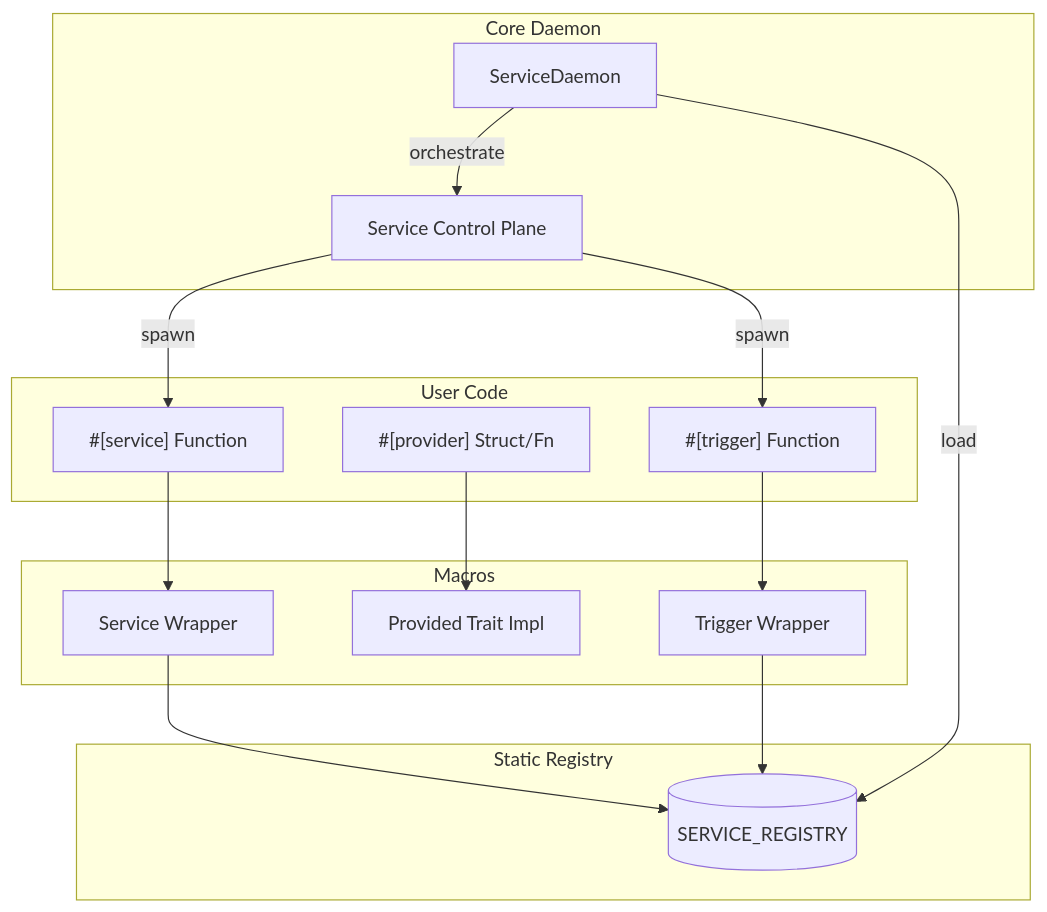
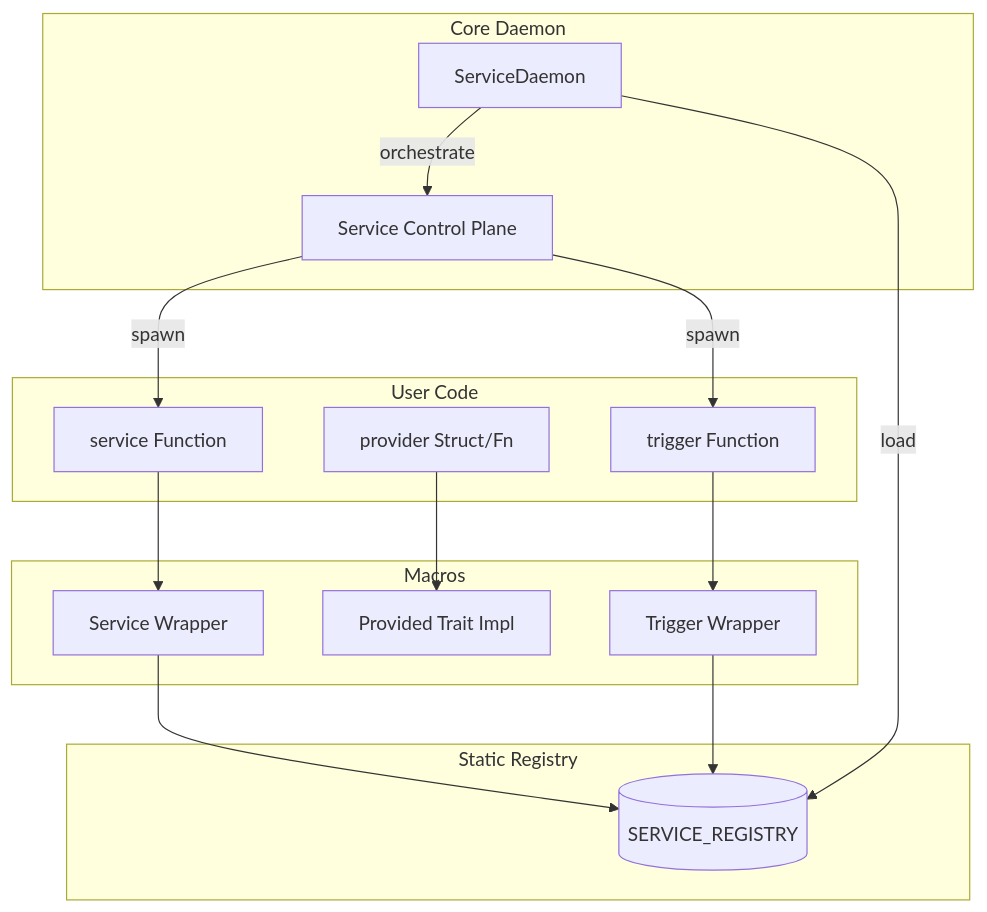
The first of 2 diagrams in docs/architecture/internal-overview.md (loft-games/service-daemon-rs), drawn with Mermaid before and after one commit. The commit also changed other lines of this file and 9 other files, not shown here.

Commit message:
docs: Revamp documentation, adding causal tracing and diagnostics guides, and updating internal architecture, testing, triggers, resilience, and state management details.

````diff
--- a/docs/architecture/internal-overview.md
+++ b/docs/architecture/internal-overview.md
@@ -26,32 +30,32 @@
 ```mermaid
 graph TD
     subgraph User_Code ["User Code"]
-        S["#[service] Function"]
-        P["#[provider] Struct/Fn"]
-        T["#[trigger] Function"]
+        S["service Function"]
+        P["provider Struct/Fn"]
+        T["trigger Function"]
     end
 
     subgraph Macro_Gen ["Macros"]
         M_S[Service Wrapper]
         M_P[Provided Trait Impl]
         M_T[Trigger Wrapper]
     end
 
     subgraph Static_Registry ["Static Registry"]
         SR[("SERVICE_REGISTRY")]
     end
 
     subgraph Core_Daemon ["Core Daemon"]
         SD[ServiceDaemon]
         SCP[Service Control Plane]
     end
 
     S --> M_S --> SR
     P --> M_P
     T --> M_T --> SR
 
     SD -->|load| SR
     SD -->|orchestrate| SCP
     SCP -->|spawn| S
     SCP -->|spawn| T
 ```
````
